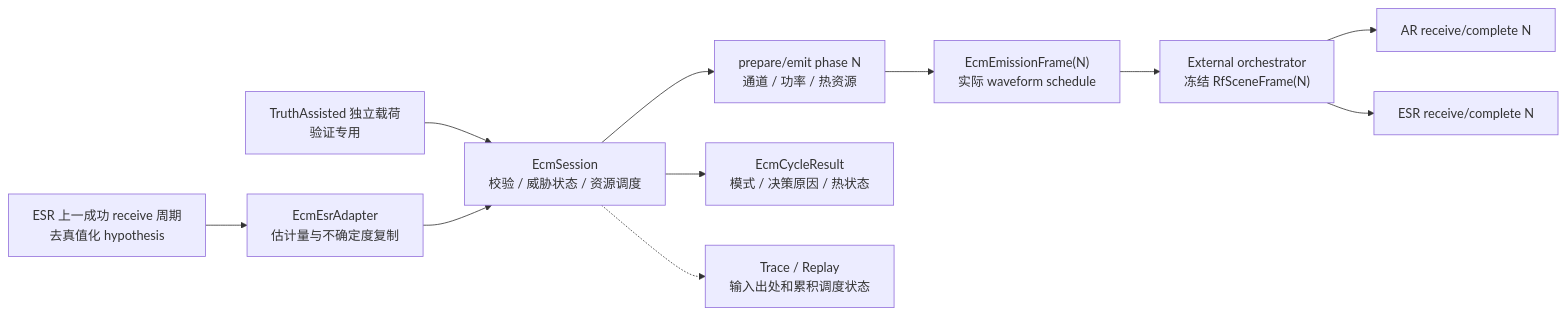
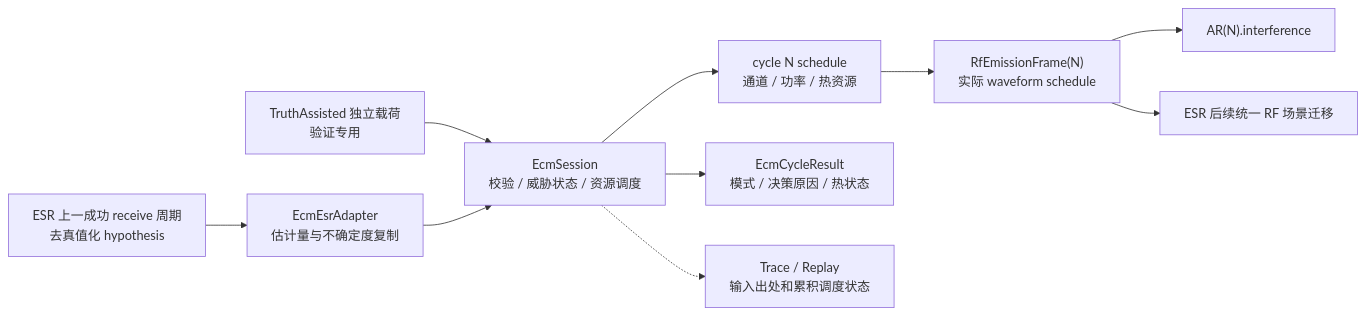
Before and after one commit to boilwater-3/1q: the diagram in docs/electronic_countermeasure/design.md, drawn with Mermaid. The commit also changed other lines of this file and 57 other files, not shown here.

````diff
--- a/docs/electronic_countermeasure/design.md
+++ b/docs/electronic_countermeasure/design.md
@@ -15,13 +16,12 @@
 ```mermaid
 flowchart LR
   ESR["ESR 上一成功 receive 周期\n去真值化 hypothesis"] --> Adapter["EcmEsrAdapter\n估计量与不确定度复制"]
   Truth["TruthAssisted 独立载荷\n验证专用"] --> Session["EcmSession\n校验 / 威胁状态 / 资源调度"]
   Adapter --> Session
-  Session --> Scheduler["prepare/emit phase N\n通道 / 功率 / 热资源"]
-  Scheduler --> Raw["EcmEmissionFrame(N)\n实际 waveform schedule"]
-  Raw --> World["External orchestrator\n冻结 RfSceneFrame(N)"]
+  Session --> Scheduler["cycle N schedule\n通道 / 功率 / 热资源"]
+  Scheduler --> Raw["RfEmissionFrame(N)\n实际 waveform schedule"]
+  Raw --> AR["AR(N).interference"]
   Session --> Result["EcmCycleResult\n模式 / 决策原因 / 热状态"]
-  World --> AR["AR receive/complete N"]
-  World --> ESR2["ESR receive/complete N"]
+  Raw --> ESR2["ESR 后续统一 RF 场景迁移"]
   Session -.-> Trace["Trace / Replay\n输入出处和累积调度状态"]
 ```
````
